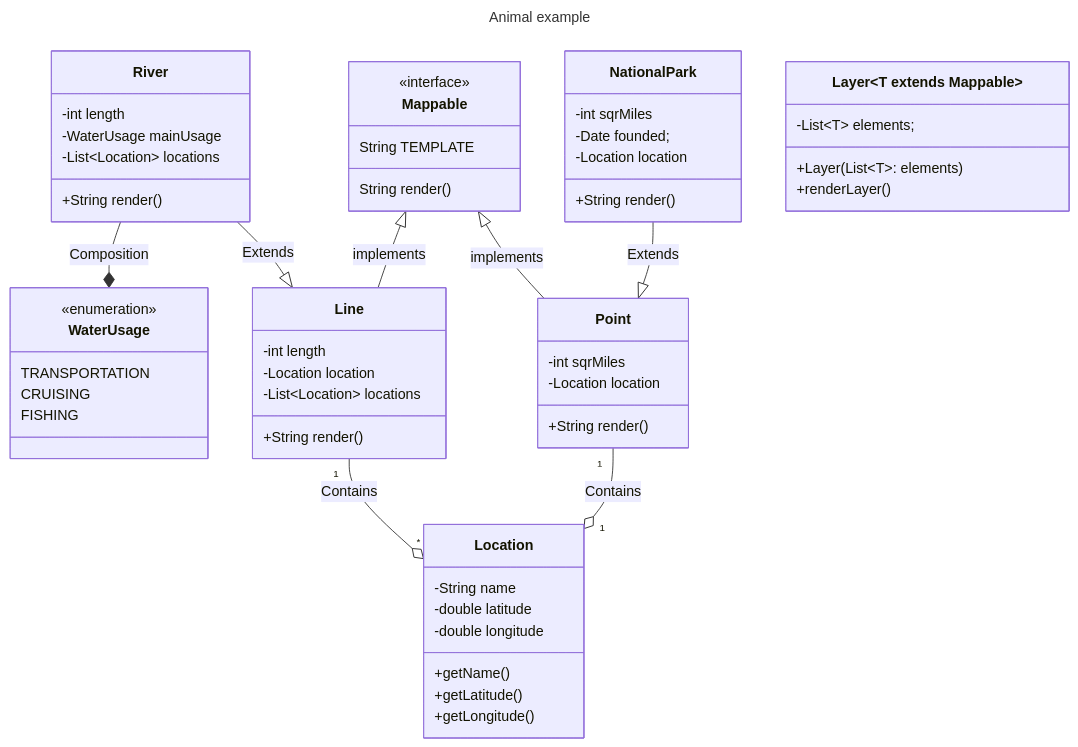
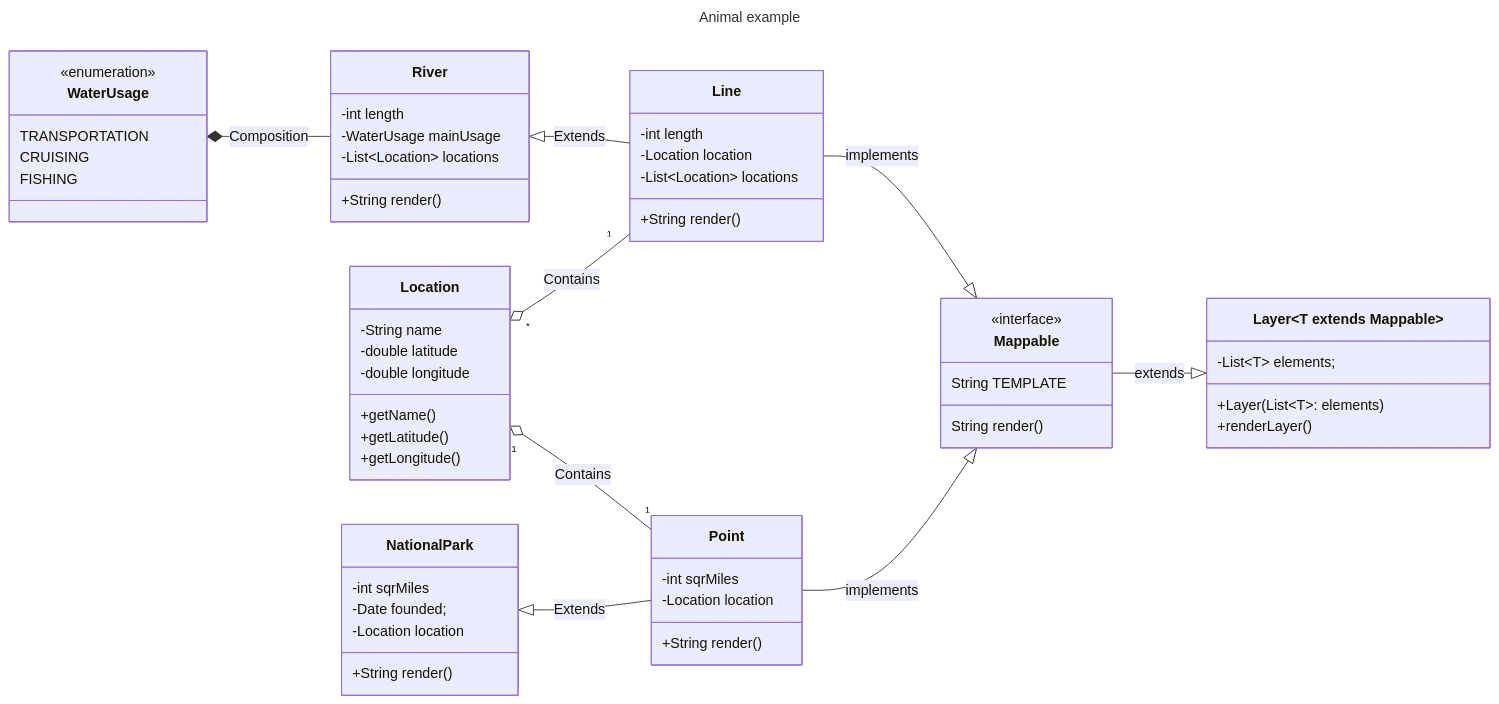
The diagram in README.md (kedicode/GenericClassJava), drawn with Mermaid before and after one commit. The commit also changed other lines of this file, not shown here.

````diff
--- a/README.md
+++ b/README.md
@@ -3,69 +3,68 @@
 ```mermaid
 ---
 title: Animal example
 ---
 classDiagram
+    direction RL
+    class Layer~T extends Mappable~{
+    -List~T~ elements;
+    +Layer(List~T~: elements)
+    +renderLayer()
+    }
+    Layer <|-- Mappable : extends
     class Mappable {
     <<interface>>
     String TEMPLATE
     String render()
     }
     class Line {
         -int length
         -Location location
         -List~Location~ locations
         +String render()
     }
     
     class River{
         -int length
         -WaterUsage mainUsage
         -List~Location~ locations
         +String render()
     }
     River --* WaterUsage :Composition
-    River --|> Line :Extends
+    Line --|> River :Extends
     Mappable <|-- Line: implements
     Line "1"--o"*" Location: Contains
     
     class Point {
         -int sqrMiles
         -Location location
         +String render()
     }
     
     class NationalPark {
         -int sqrMiles
         -Date founded;
         -Location location
         +String render()
     }
-    NationalPark --|> Point:Extends
+    Point --|> NationalPark:Extends
     
     Mappable <| -- Point :implements
     Point "1"--o"1"Location : Contains
     
     class Location{
         -String name
         -double latitude
         -double longitude
         +getName()
         +getLatitude()
         +getLongitude()
     }
     
     class WaterUsage{
         <<enumeration>>
         TRANSPORTATION
         CRUISING
         FISHING
     }
-    
-    class Layer~T extends Mappable~{
-        -List~T~ elements;
-        +Layer(List~T~: elements)
-        +renderLayer()
-    }
-    
-    
 ```
````
